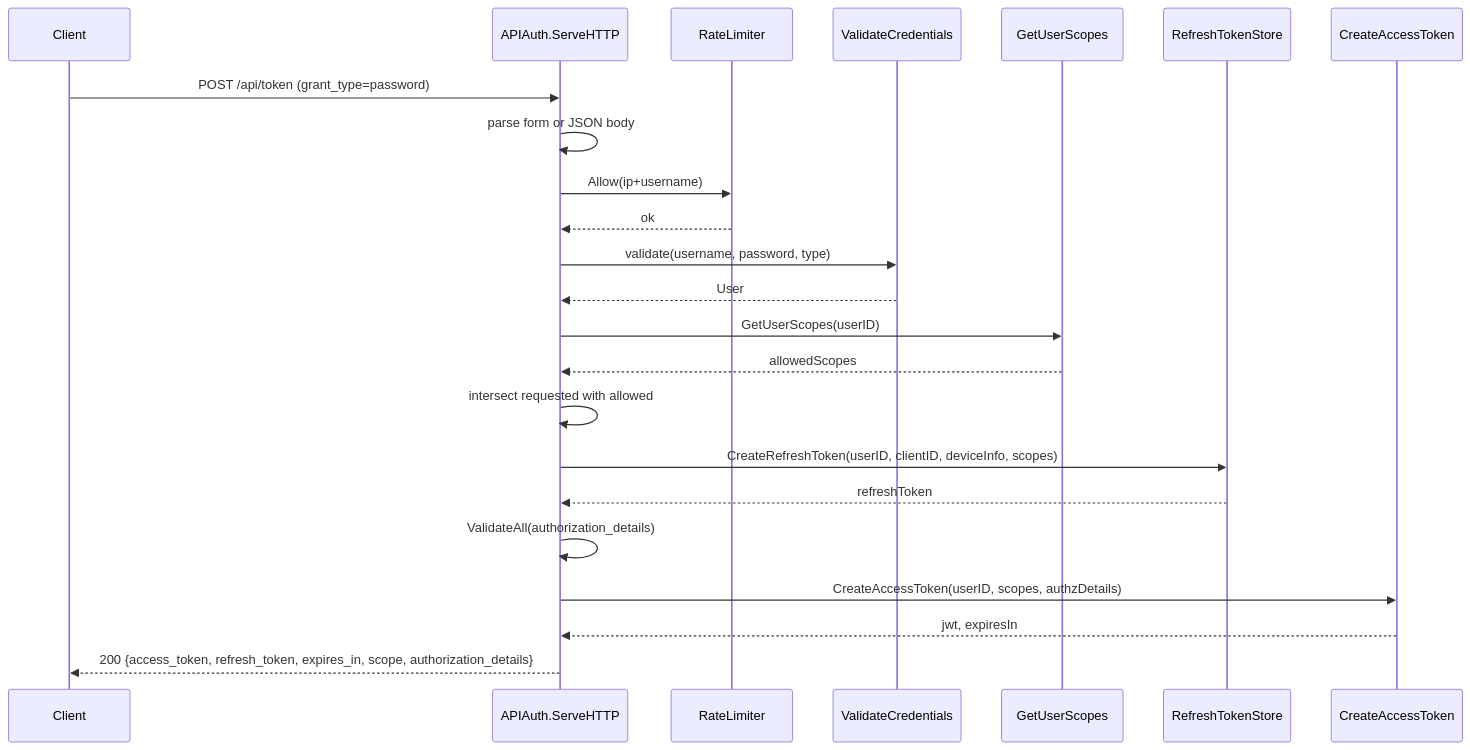
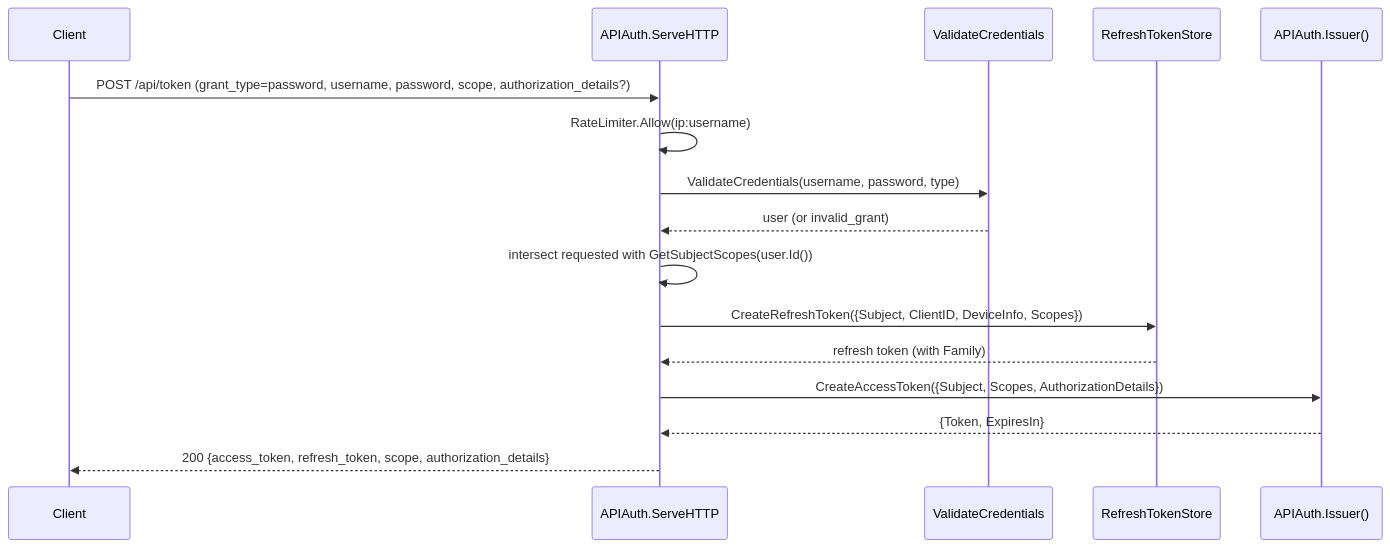
Before and after one commit to panyam/oneauth: the first of 5 diagrams in apiauth/DESIGN.md, drawn with Mermaid. The commit also changed other lines of this file and 38 other files, not shown here.

````diff
--- a/apiauth/DESIGN.md
+++ b/apiauth/DESIGN.md
@@ -83,26 +89,18 @@
 ```mermaid
 sequenceDiagram
-    participant Client
-    participant APIAuth as APIAuth.ServeHTTP
-    participant RL as RateLimiter
-    participant CV as ValidateCredentials
-    participant US as GetUserScopes
-    participant RTS as RefreshTokenStore
-    participant Sign as CreateAccessToken
-
-    Client->>APIAuth: POST /api/token (grant_type=password)
-    APIAuth->>APIAuth: parse form or JSON body
-    APIAuth->>RL: Allow(ip+username)
-    RL-->>APIAuth: ok
-    APIAuth->>CV: validate(username, password, type)
-    CV-->>APIAuth: User
-    APIAuth->>US: GetUserScopes(userID)
-    US-->>APIAuth: allowedScopes
-    APIAuth->>APIAuth: intersect requested with allowed
-    APIAuth->>RTS: CreateRefreshToken(userID, clientID, deviceInfo, scopes)
-    RTS-->>APIAuth: refreshToken
-    APIAuth->>APIAuth: ValidateAll(authorization_details)
-    APIAuth->>Sign: CreateAccessToken(userID, scopes, authzDetails)
-    Sign-->>APIAuth: jwt, expiresIn
-    APIAuth-->>Client: 200 {access_token, refresh_token, expires_in, scope, authorization_details}
+    participant C as Client
+    participant H as APIAuth.ServeHTTP
+    participant V as ValidateCredentials
+    participant RS as RefreshTokenStore
+    participant I as APIAuth.Issuer()
+    C->>H: POST /api/token (grant_type=password, username, password, scope, authorization_details?)
+    H->>H: RateLimiter.Allow(ip:username)
+    H->>V: ValidateCredentials(username, password, type)
+    V-->>H: user (or invalid_grant)
+    H->>H: intersect requested with GetSubjectScopes(user.Id())
+    H->>RS: CreateRefreshToken({Subject, ClientID, DeviceInfo, Scopes})
+    RS-->>H: refresh token (with Family)
+    H->>I: CreateAccessToken({Subject, Scopes, AuthorizationDetails})
+    I-->>H: {Token, ExpiresIn}
+    H-->>C: 200 {access_token, refresh_token, scope, authorization_details}
 ```
````
